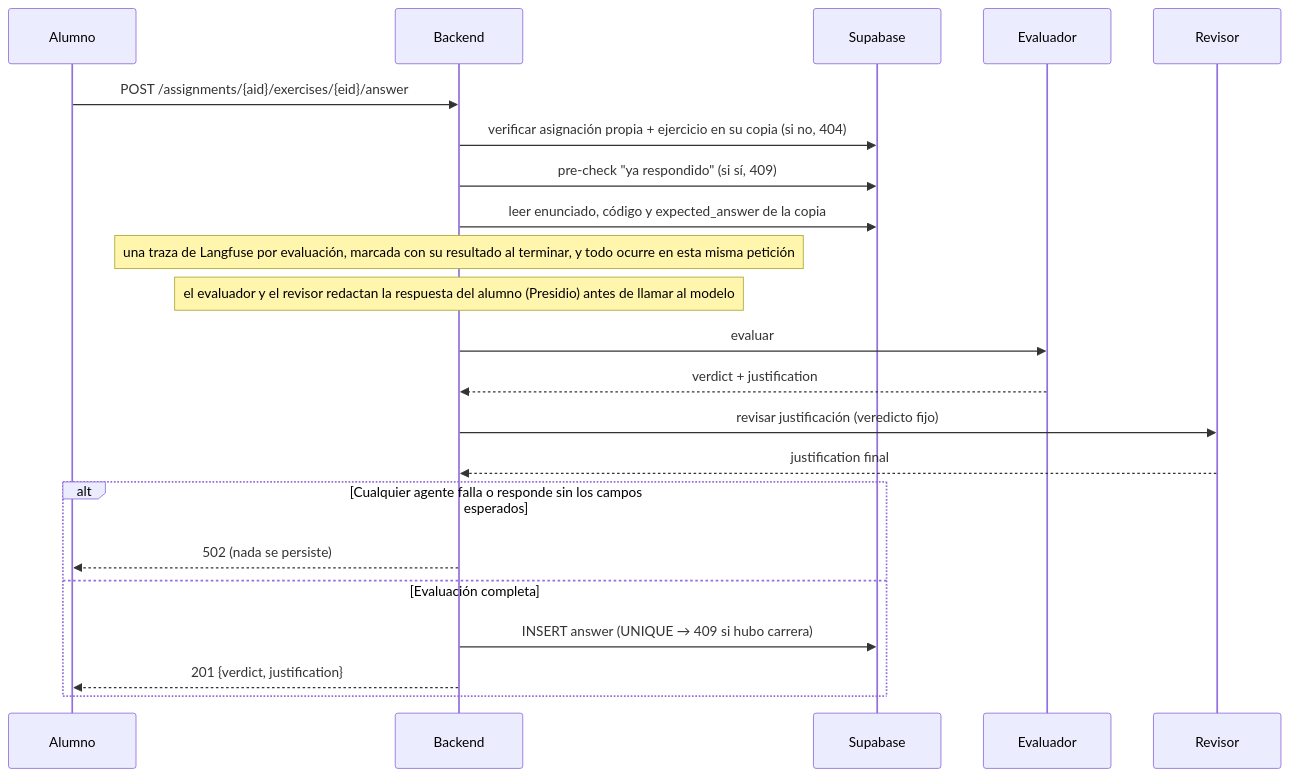
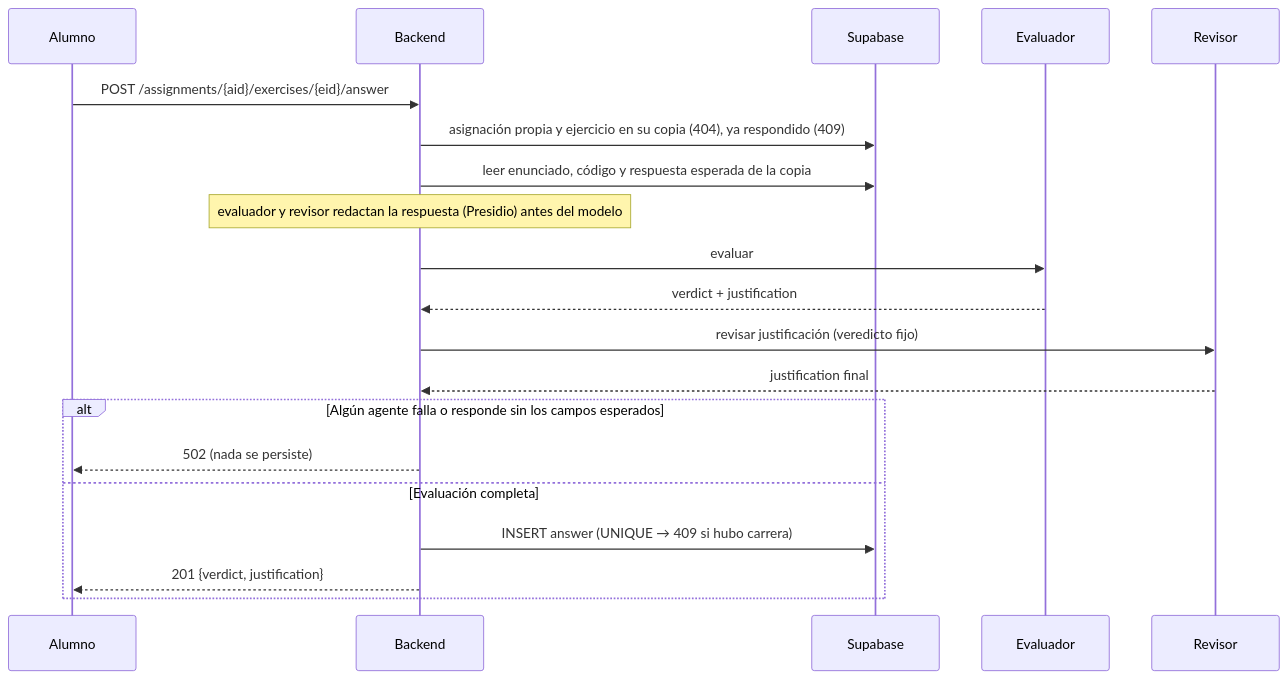
Before and after one commit to Mapeldorf/JuniorTrainer: the seventh of 10 diagrams in capstone/juniortrainer-capstone.md, drawn with Mermaid. The commit also changed other lines of this file and 3 other files, not shown here.

````diff
--- a/capstone/juniortrainer-capstone.md
+++ b/capstone/juniortrainer-capstone.md
@@ -1750,25 +983,23 @@
 ```mermaid
 sequenceDiagram
     participant AL as Alumno
     participant BE as Backend
     participant DB as Supabase
     participant EV as Evaluador
     participant RV as Revisor
 
     AL->>BE: POST /assignments/{aid}/exercises/{eid}/answer
-    BE->>DB: verificar asignación propia + ejercicio en su copia (si no, 404)
-    BE->>DB: pre-check "ya respondido" (si sí, 409)
-    BE->>DB: leer enunciado, código y expected_answer de la copia
-    Note over BE: una traza de Langfuse por evaluación, marcada con su resultado al terminar, y todo ocurre en esta misma petición
-    Note over BE: el evaluador y el revisor redactan la respuesta del alumno (Presidio) antes de llamar al modelo
+    BE->>DB: asignación propia y ejercicio en su copia (404), ya respondido (409)
+    BE->>DB: leer enunciado, código y respuesta esperada de la copia
+    Note over BE: evaluador y revisor redactan la respuesta (Presidio) antes del modelo
     BE->>EV: evaluar
     EV-->>BE: verdict + justification
     BE->>RV: revisar justificación (veredicto fijo)
     RV-->>BE: justification final
-    alt Cualquier agente falla o responde sin los campos esperados
+    alt Algún agente falla o responde sin los campos esperados
         BE-->>AL: 502 (nada se persiste)
     else Evaluación completa
         BE->>DB: INSERT answer (UNIQUE → 409 si hubo carrera)
         BE-->>AL: 201 {verdict, justification}
     end
 ```
````
